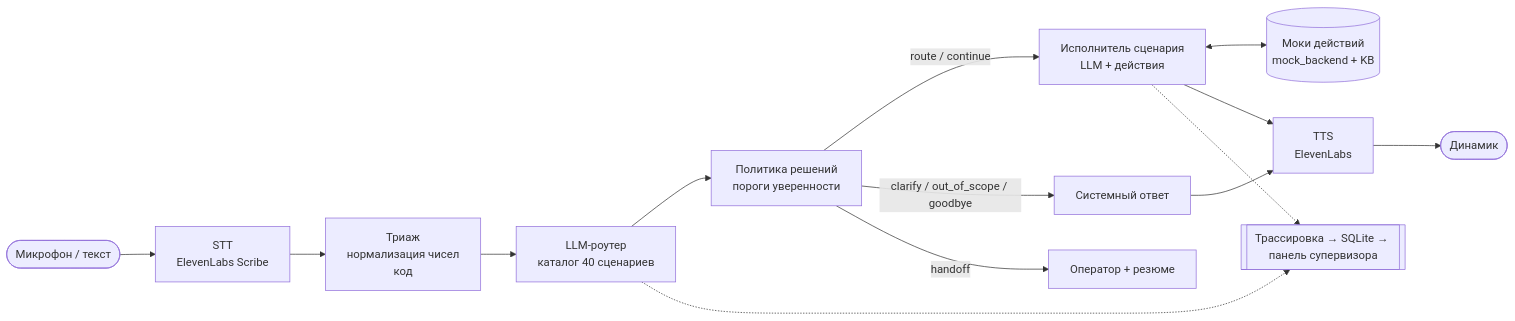
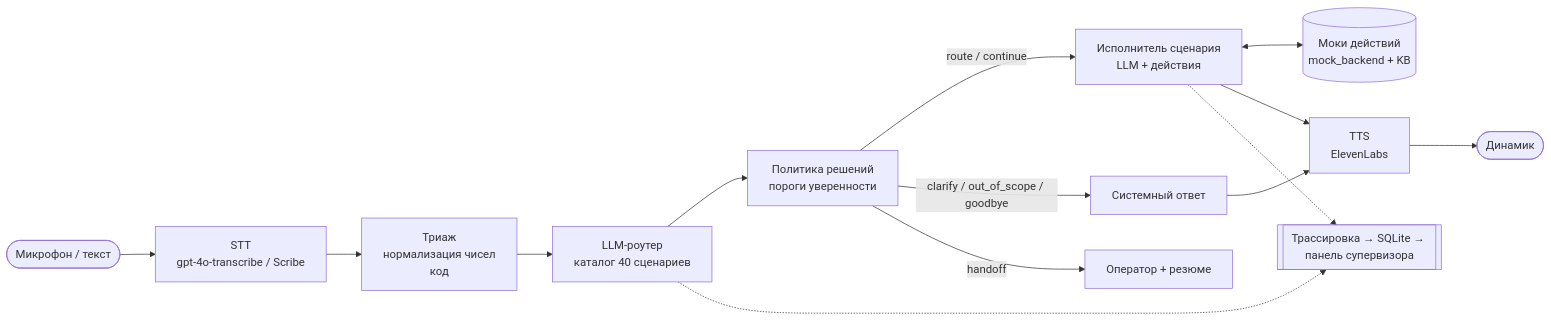
The diagram in README.md (BAITC-Hacks/hack-dc2355c1-sever), drawn with Mermaid before and after one commit. The commit also changed other lines of this file and 3 other files, not shown here.

First line of the commit message:
STT: основной gpt-4o-transcribe, запасной Scribe с language_code=kaz

````diff
--- a/README.md
+++ b/README.md
@@ -60,16 +60,16 @@
 ```mermaid
 flowchart LR
-    mic([Микрофон / текст]) --> stt[STT<br/>ElevenLabs Scribe]
+    mic([Микрофон / текст]) --> stt[STT<br/>gpt-4o-transcribe / Scribe]
     stt --> triage[Триаж<br/>нормализация чисел<br/>код]
     triage --> router[LLM-роутер<br/>каталог 40 сценариев]
     router --> policy[Политика решений<br/>пороги уверенности]
     policy -->|route / continue| exec[Исполнитель сценария<br/>LLM + действия]
     policy -->|clarify / out_of_scope / goodbye| tmpl[Системный ответ]
     policy -->|handoff| op[Оператор + резюме]
     exec <--> backend[(Моки действий<br/>mock_backend + KB)]
     exec --> tts[TTS<br/>ElevenLabs]
     tmpl --> tts
     tts --> spk([Динамик])
     router -.-> trace[[Трассировка → SQLite → панель супервизора]]
     exec -.-> trace
 ```
````
